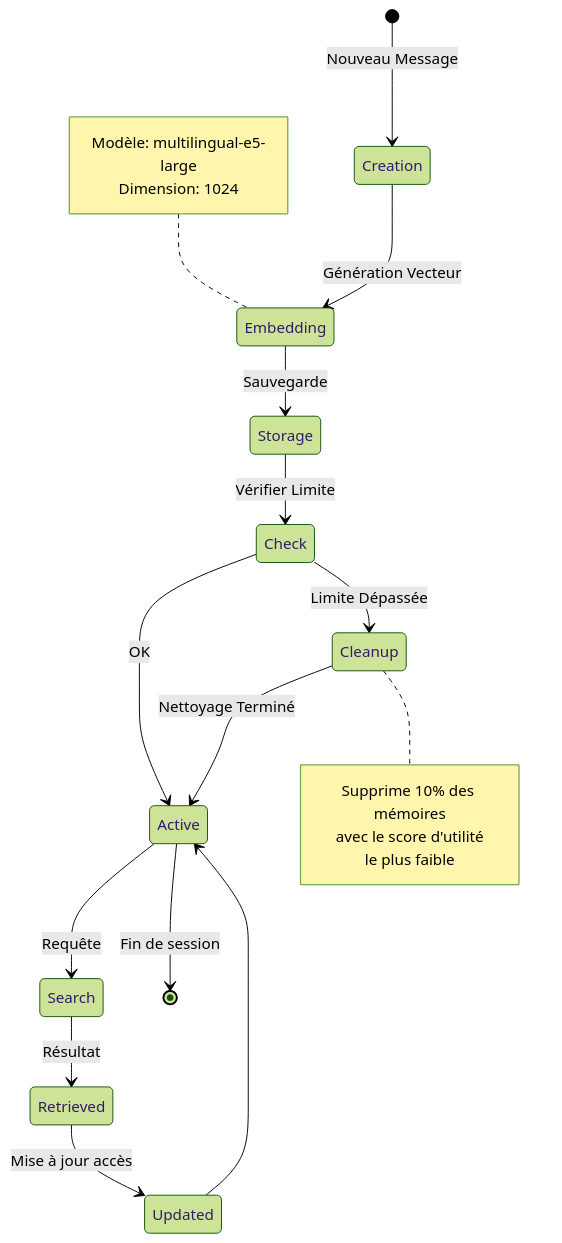
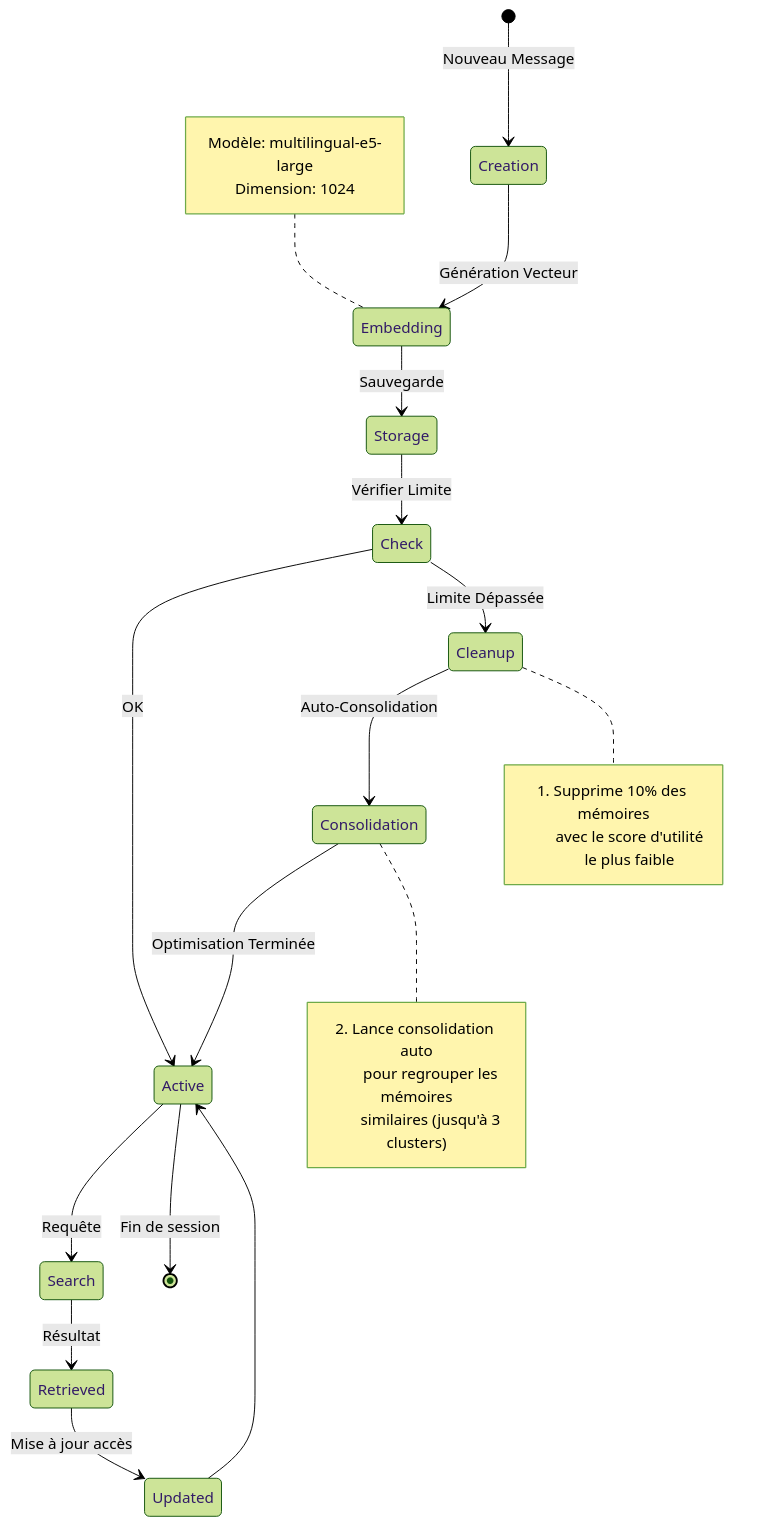
One commit to iapourtous/UXMPC changed the third of 28 diagrams in memoryManagement.md. Above: the diagram before and after it, drawn with Mermaid (forest theme). The commit also changed other lines of this file and 11 other files, not shown here.

````diff
--- a/memoryManagement.md
+++ b/memoryManagement.md
@@ -80,26 +80,33 @@
 ```mermaid
 stateDiagram-v2
     [*] --> Creation: Nouveau Message
     Creation --> Embedding: Génération Vecteur
     Embedding --> Storage: Sauvegarde
     Storage --> Check: Vérifier Limite
     Check --> Active: OK
     Check --> Cleanup: Limite Dépassée
-    Cleanup --> Active: Nettoyage Terminé
+    Cleanup --> Consolidation: Auto-Consolidation
+    Consolidation --> Active: Optimisation Terminée
     Active --> Search: Requête
     Search --> Retrieved: Résultat
     Retrieved --> Updated: Mise à jour accès
     Updated --> Active
     Active --> [*]: Fin de session
     
     note right of Cleanup
-        Supprime 10% des mémoires
+        1. Supprime 10% des mémoires
         avec le score d'utilité
         le plus faible
+    end note
+    
+    note right of Consolidation
+        2. Lance consolidation auto
+        pour regrouper les mémoires
+        similaires (jusqu'à 3 clusters)
     end note
     
     note left of Embedding
         Modèle: multilingual-e5-large
         Dimension: 1024
     end note
 ```
````
